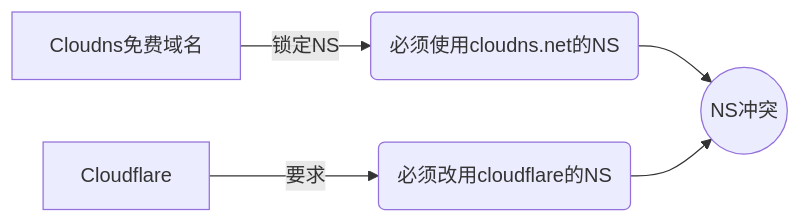
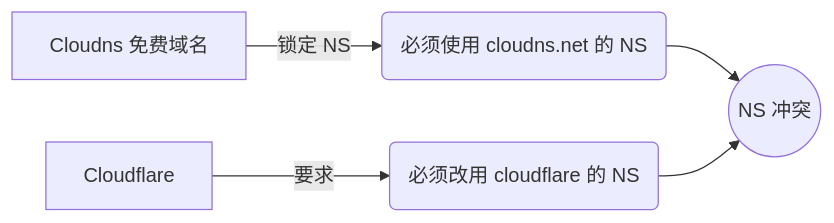
Before and after one commit to trying-c/trying-hexo: the diagram in source/_posts/一次失败的域名托管实践：Cloudns-Cloudflare-GitHub-Pages.md, drawn with Mermaid. The commit also changed other lines of this file and 3 other files, not shown here.

```diff
--- a/source/_posts/一次失败的域名托管实践：Cloudns-Cloudflare-GitHub-Pages.md
+++ b/source/_posts/一次失败的域名托管实践：Cloudns-Cloudflare-GitHub-Pages.md
@@ -60,7 +59,7 @@
 {% mermaid %}
 graph LR
-A[Cloudns免费域名] -->|锁定NS| B(必须使用cloudns.net的NS)
-C[Cloudflare] -->|要求| D(必须改用cloudflare的NS)
-B --> E((NS冲突))
+A[Cloudns 免费域名] -->|锁定 NS| B(必须使用 cloudns.net 的 NS)
+C[Cloudflare] -->|要求| D(必须改用 cloudflare 的 NS)
+B --> E((NS 冲突))
 D --> E
 {% endmermaid %}
```
